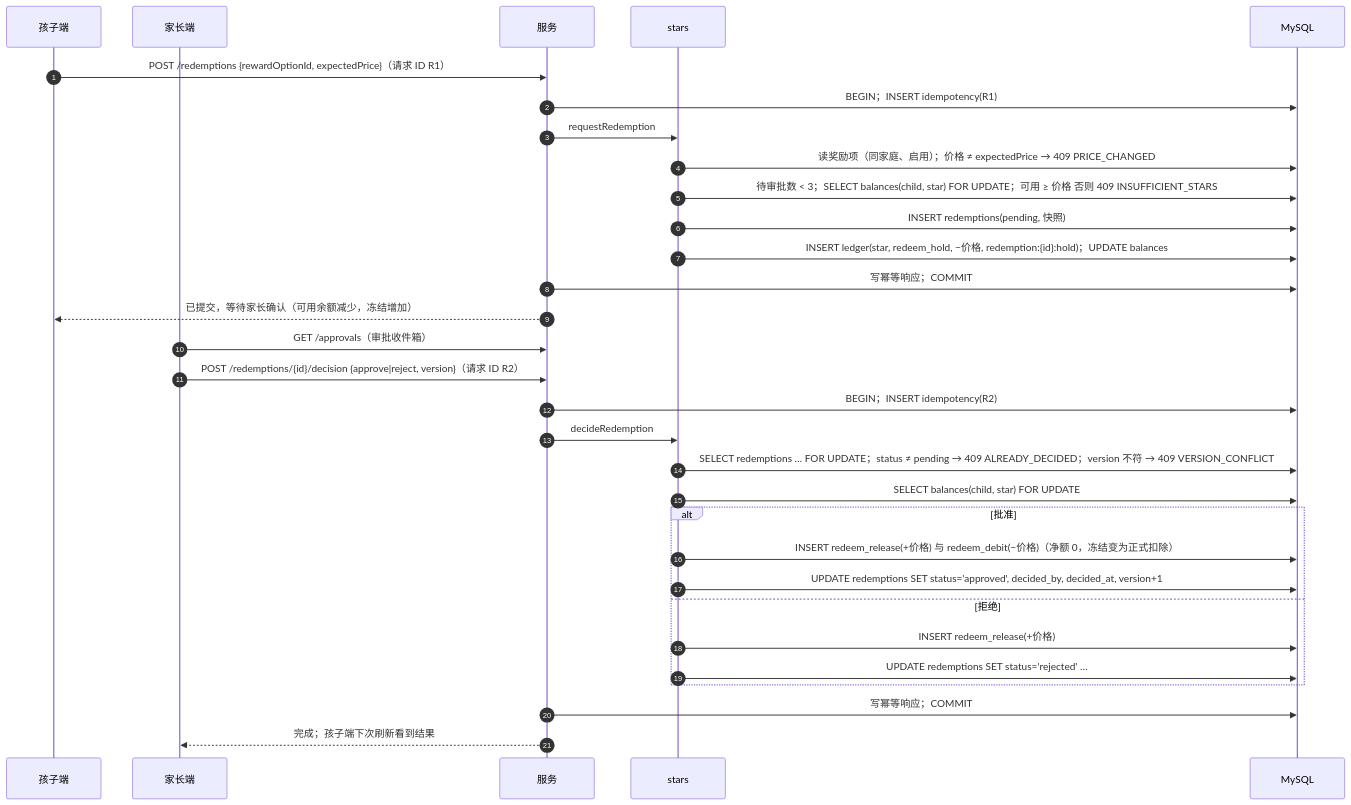
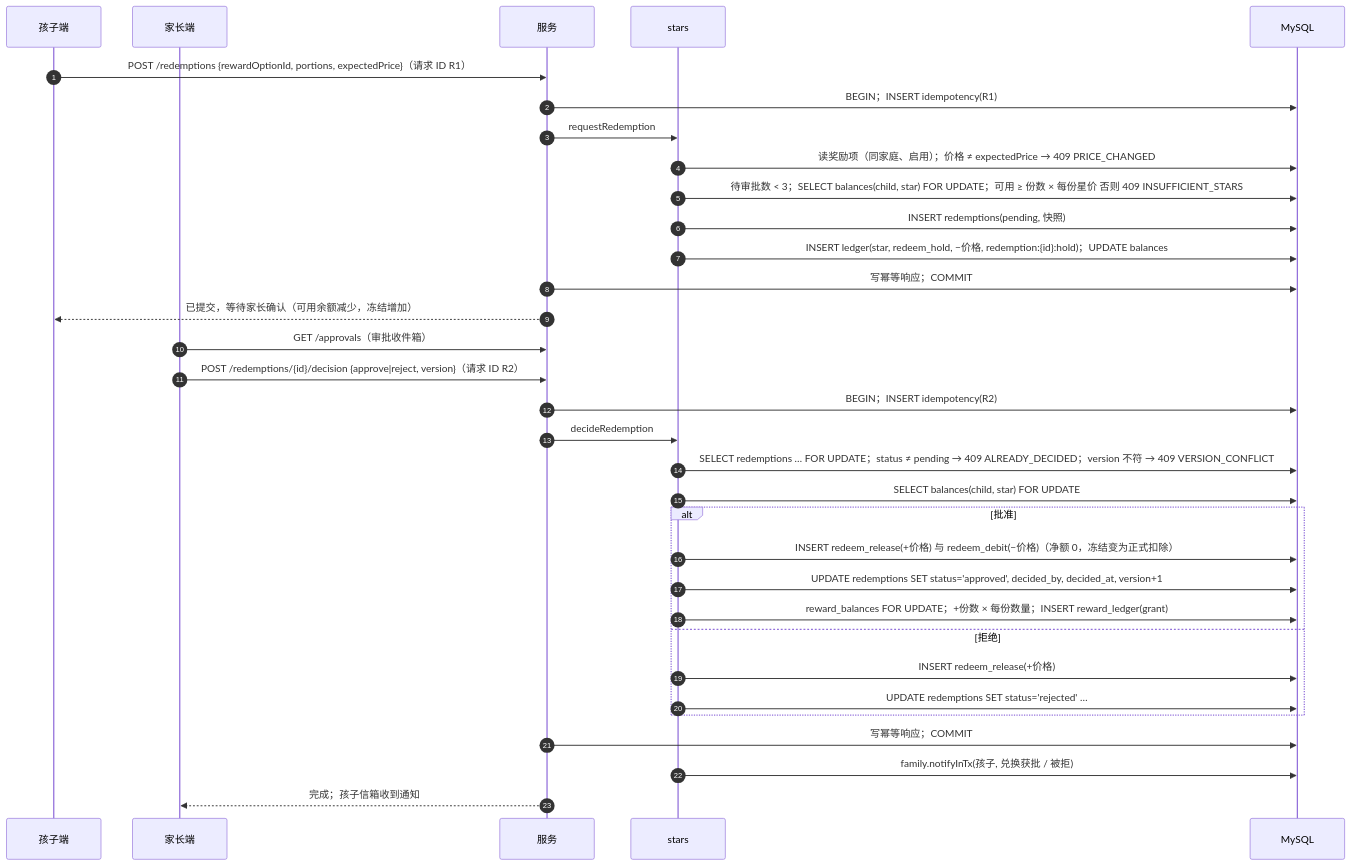
The diagram in docs/03-design/modules/stars.md (leomoon2016/xingya), drawn with Mermaid before and after one commit. The commit also changed other lines of this file and 26 other files, not shown here.

Commit message:
docs(design): API、模块设计、课程模型、方案总览与部署按回归老系统与模型可配置修订（信箱通知归 family、赠送伙伴由 social 发起、上线检查清单）

````diff
--- a/docs/03-design/modules/stars.md
+++ b/docs/03-design/modules/stars.md
@@ -54,33 +60,35 @@
 ```mermaid
 sequenceDiagram
   autonumber
   participant K as 孩子端
   participant P as 家长端
   participant API as 服务
   participant S as stars
   participant DB as MySQL
-  K->>API: POST /redemptions {rewardOptionId, expectedPrice}（请求 ID R1）
+  K->>API: POST /redemptions {rewardOptionId, portions, expectedPrice}（请求 ID R1）
   API->>DB: BEGIN；INSERT idempotency(R1)
   API->>S: requestRedemption
   S->>DB: 读奖励项（同家庭、启用）；价格 ≠ expectedPrice → 409 PRICE_CHANGED
-  S->>DB: 待审批数 < 3；SELECT balances(child, star) FOR UPDATE；可用 ≥ 价格 否则 409 INSUFFICIENT_STARS
+  S->>DB: 待审批数 < 3；SELECT balances(child, star) FOR UPDATE；可用 ≥ 份数 × 每份星价 否则 409 INSUFFICIENT_STARS
   S->>DB: INSERT redemptions(pending, 快照)
   S->>DB: INSERT ledger(star, redeem_hold, −价格, redemption:{id}:hold)；UPDATE balances
   API->>DB: 写幂等响应；COMMIT
   API-->>K: 已提交，等待家长确认（可用余额减少，冻结增加）
   P->>API: GET /approvals（审批收件箱）
   P->>API: POST /redemptions/{id}/decision {approve|reject, version}（请求 ID R2）
   API->>DB: BEGIN；INSERT idempotency(R2)
   API->>S: decideRedemption
   S->>DB: SELECT redemptions … FOR UPDATE；status ≠ pending → 409 ALREADY_DECIDED；version 不符 → 409 VERSION_CONFLICT
   S->>DB: SELECT balances(child, star) FOR UPDATE
   alt 批准
     S->>DB: INSERT redeem_release(+价格) 与 redeem_debit(−价格)（净额 0，冻结变为正式扣除）
     S->>DB: UPDATE redemptions SET status='approved', decided_by, decided_at, version+1
+    S->>DB: reward_balances FOR UPDATE；+份数 × 每份数量；INSERT reward_ledger(grant)
   else 拒绝
     S->>DB: INSERT redeem_release(+价格)
     S->>DB: UPDATE redemptions SET status='rejected' …
   end
   API->>DB: 写幂等响应；COMMIT
-  API-->>P: 完成；孩子端下次刷新看到结果
+  S->>DB: family.notifyInTx(孩子, 兑换获批 / 被拒)
+  API-->>P: 完成；孩子信箱收到通知
 ```
````
